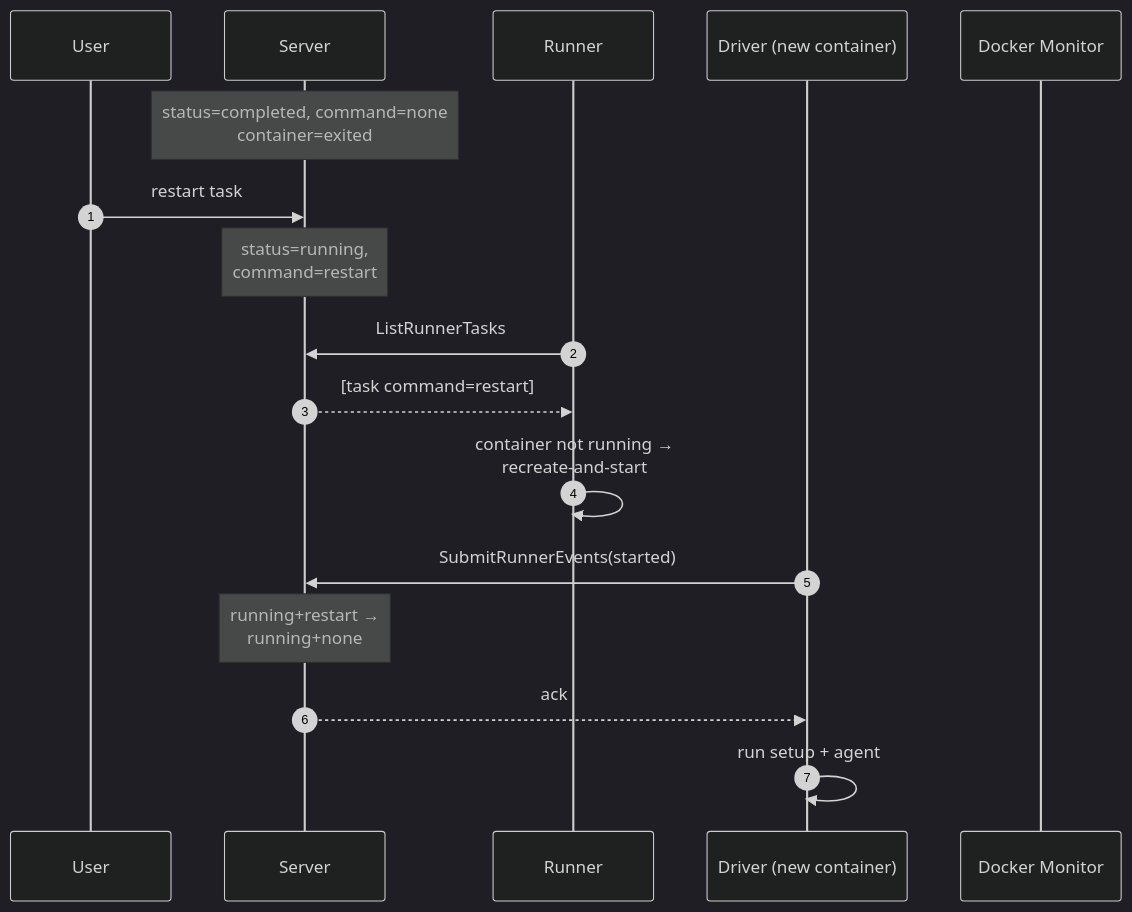
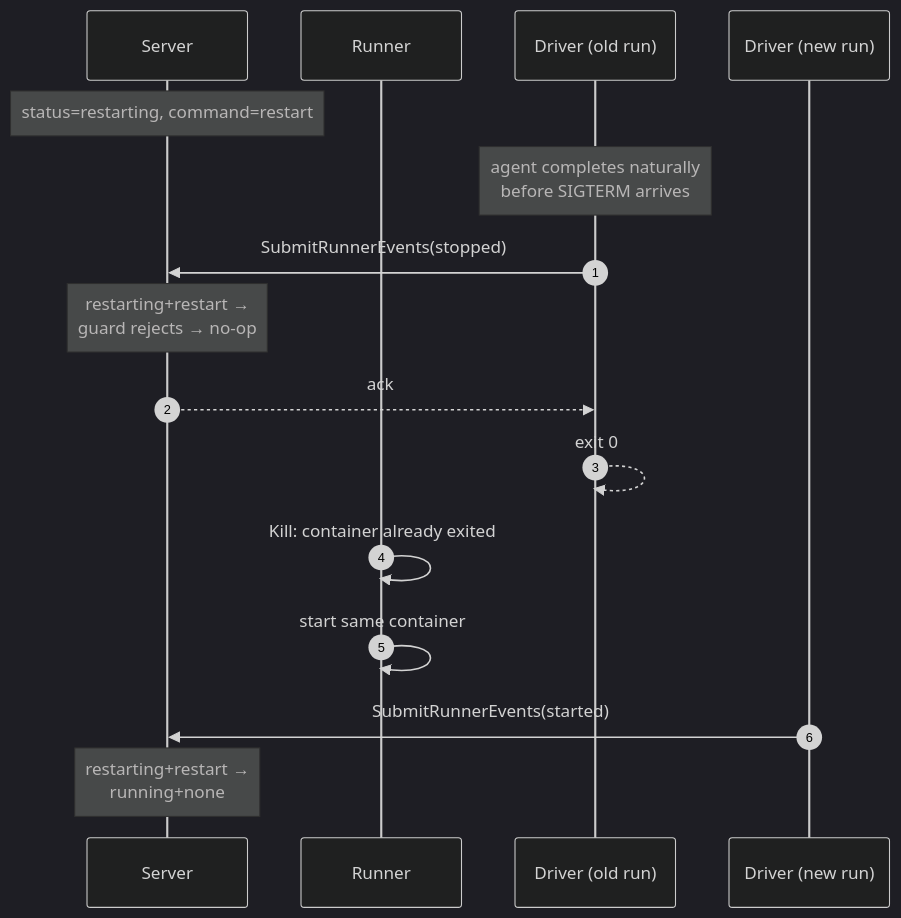
One commit to icholy/xagent changed the seventh of 9 diagrams in proposals/accepted/driver-owned-events.md. Above: the diagram before and after it, drawn with Mermaid (dark theme). The commit also changed other lines of this file and 2 other files, not shown here.

First line of the commit message:
proposal: simplify driver-owned-events restart to kill plus start

````diff
--- a/proposals/accepted/driver-owned-events.md
+++ b/proposals/accepted/driver-owned-events.md
@@ -305,21 +238,19 @@
 ```mermaid
 sequenceDiagram
     autonumber
-    participant U as User
     participant S as Server
     participant R as Runner
-    participant D as Driver (new container)
-    participant M as Docker Monitor
+    participant D1 as Driver (old run)
+    participant D2 as Driver (new run)
 
-    Note over S: status=completed, command=none<br/>container=exited
-    U->>S: restart task
-    Note over S: status=running,<br/>command=restart
-
-    R->>S: ListRunnerTasks
-    S-->>R: [task command=restart]
-    R->>R: container not running →<br/>recreate-and-start
-    D->>S: SubmitRunnerEvents(started)
-    Note over S: running+restart →<br/>running+none
-    S-->>D: ack
-    D->>D: run setup + agent
+    Note over S: status=restarting, command=restart
+    Note over D1: agent completes naturally<br/>before SIGTERM arrives
+    D1->>S: SubmitRunnerEvents(stopped)
+    Note over S: restarting+restart →<br/>guard rejects → no-op
+    S-->>D1: ack
+    D1-->>D1: exit 0
+    R->>R: Kill: container already exited
+    R->>R: start same container
+    D2->>S: SubmitRunnerEvents(started)
+    Note over S: restarting+restart →<br/>running+none
 ```
````
